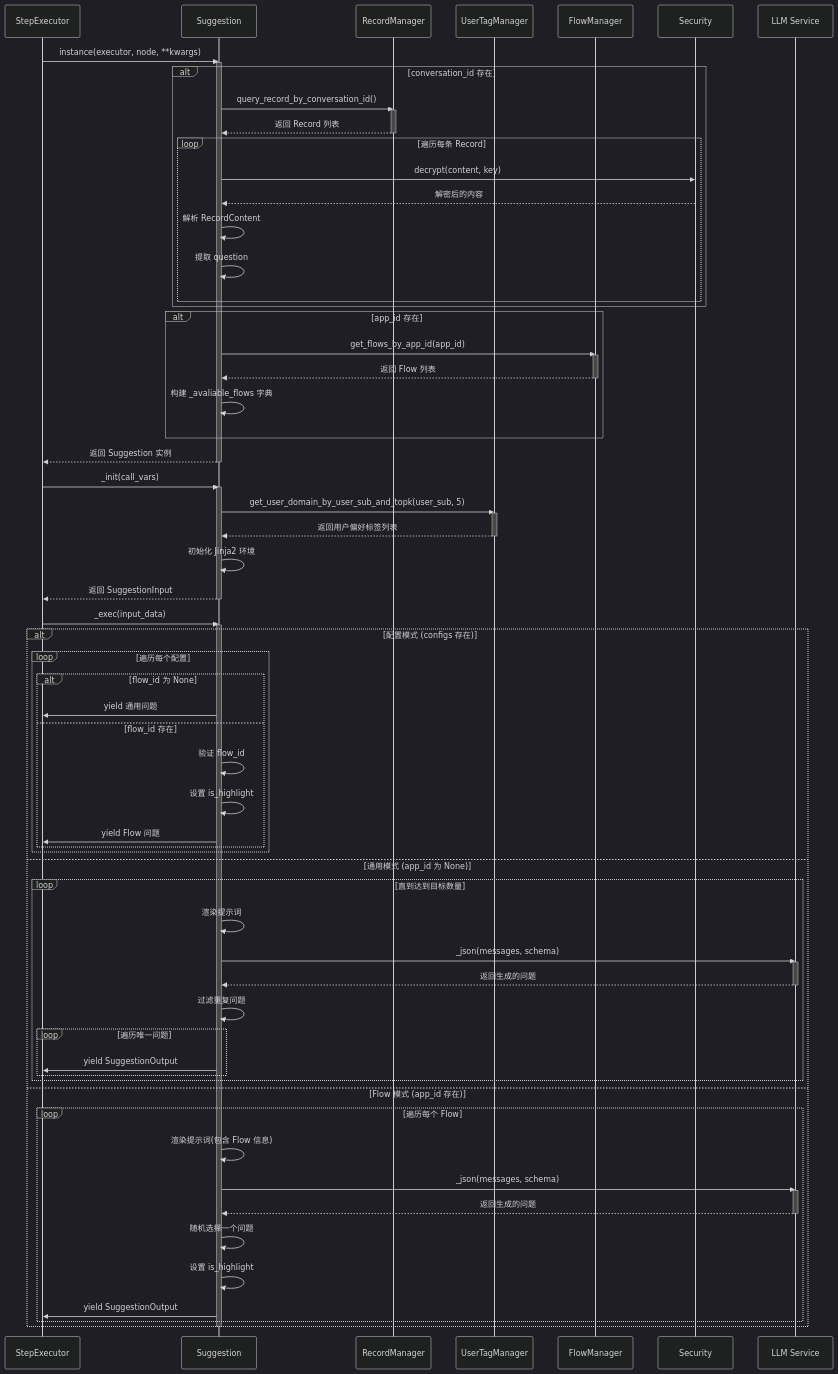
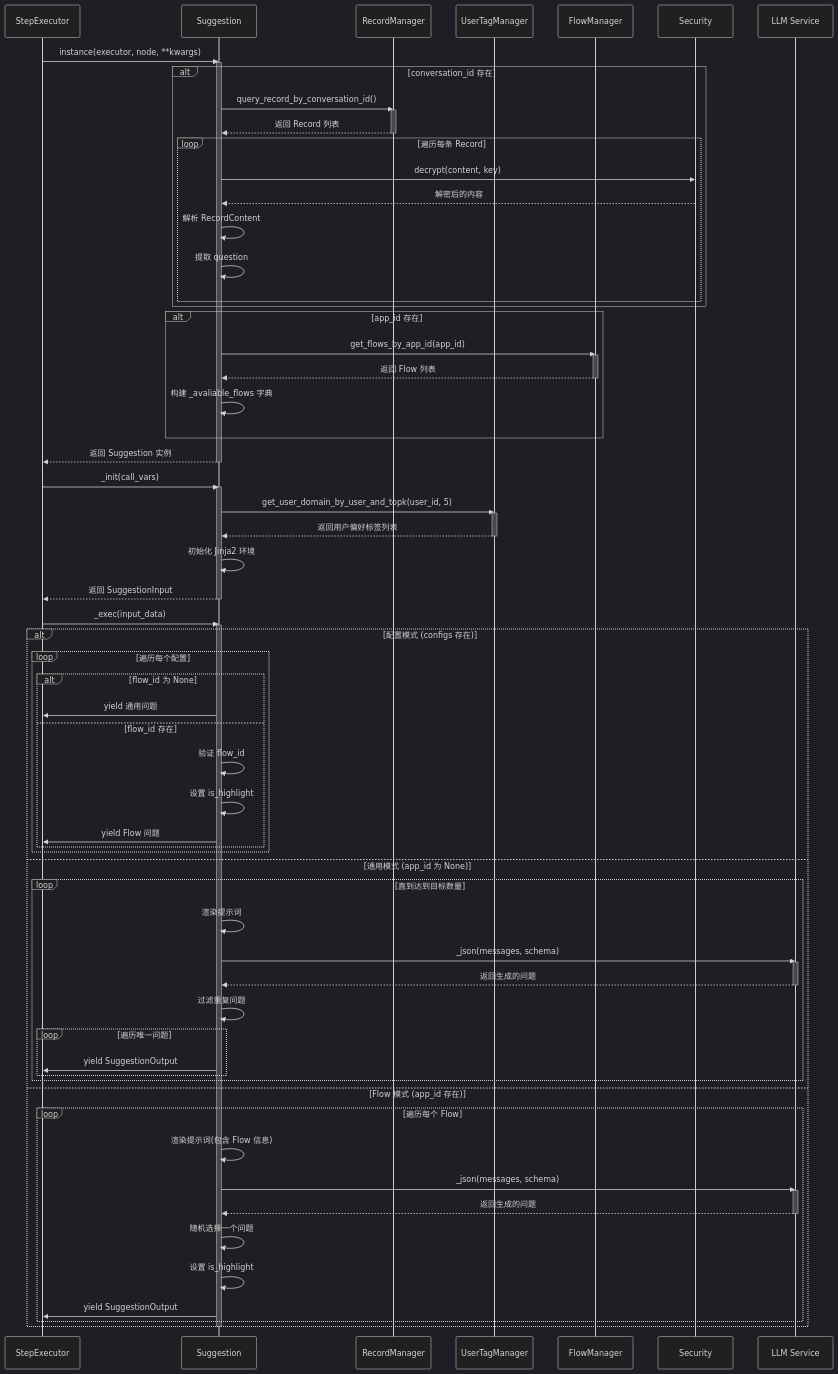
One commit to openeuler-mirror/euler-copilot-framework changed the seventh of 8 diagrams in design/call/suggest.md. Above: the diagram before and after it, drawn with Mermaid (dark theme). The commit also changed other lines of this file and 18 other files, not shown here.

```diff
--- a/design/call/suggest.md
+++ b/design/call/suggest.md
@@ -404,7 +404,7 @@
     Executor->>Suggestion: _init(call_vars)
     activate Suggestion
 
-    Suggestion->>UserTagMgr: get_user_domain_by_user_sub_and_topk(user_sub, 5)
+    Suggestion->>UserTagMgr: get_user_domain_by_user_and_topk(user_id, 5)
     activate UserTagMgr
     UserTagMgr-->>Suggestion: 返回用户偏好标签列表
     deactivate UserTagMgr
```
